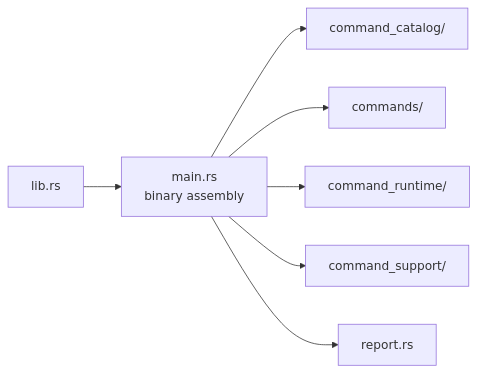
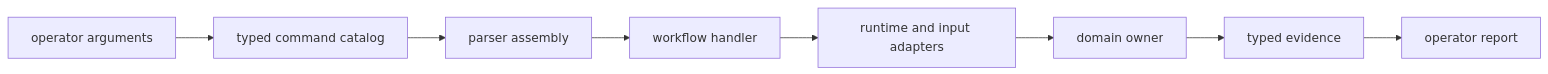
The first of 2 diagrams in docs/01-bijux-gnss/architecture/index.md (bijux/bijux-telecom), drawn with Mermaid before and after one commit. The commit also changed other lines of this file and 1 other file, not shown here.

Commit message:
docs(command): separate control flow from public contracts

````diff
--- a/docs/01-bijux-gnss/architecture/index.md
+++ b/docs/01-bijux-gnss/architecture/index.md
@@ -18,17 +20,14 @@
 ```mermaid
 flowchart LR
-    main["main.rs<br/>binary assembly"]
-    catalog["command_catalog/"]
-    commands["commands/"]
-    runtime["command_runtime/"]
-    support["command_support/"]
-    report["report.rs"]
-    facade["lib.rs"]
+    input["operator arguments"]
+    catalog["typed command catalog"]
+    parser["parser assembly"]
+    handler["workflow handler"]
+    context["runtime and input adapters"]
+    owner["domain owner"]
+    evidence["typed evidence"]
+    report["operator report"]
 
-    main --> catalog
-    main --> commands
-    main --> runtime
-    main --> support
-    main --> report
-    facade --> main
+    input --> catalog --> parser --> handler --> context --> owner
+    owner --> evidence --> report
 ```
````
